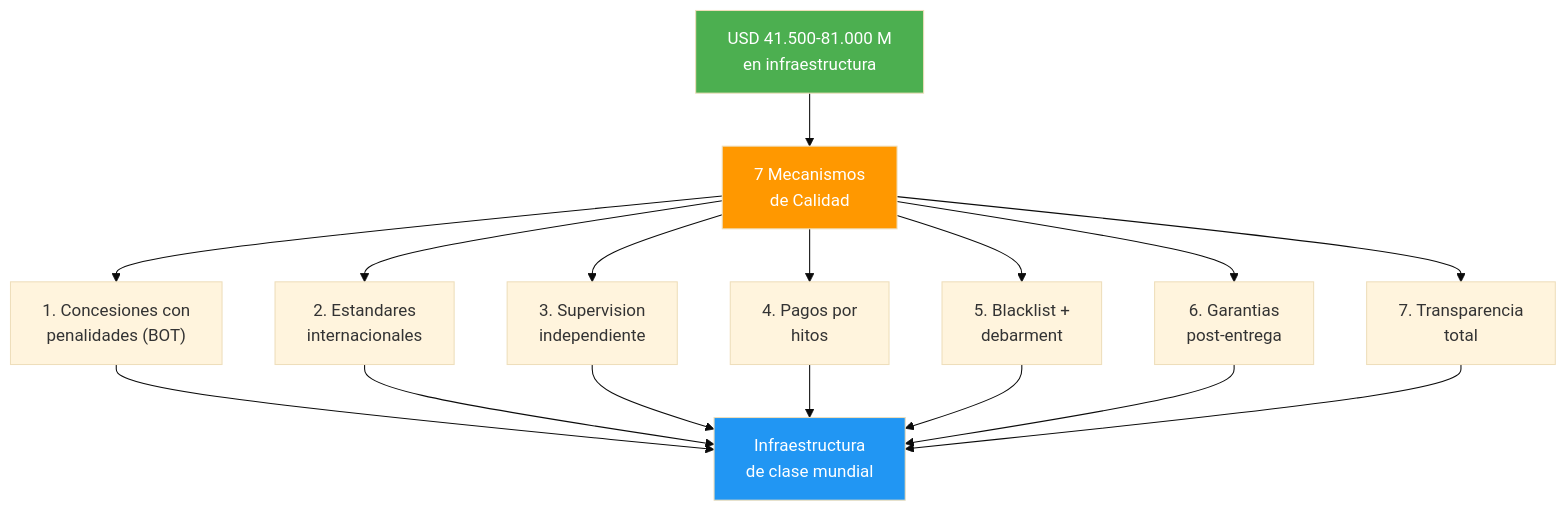
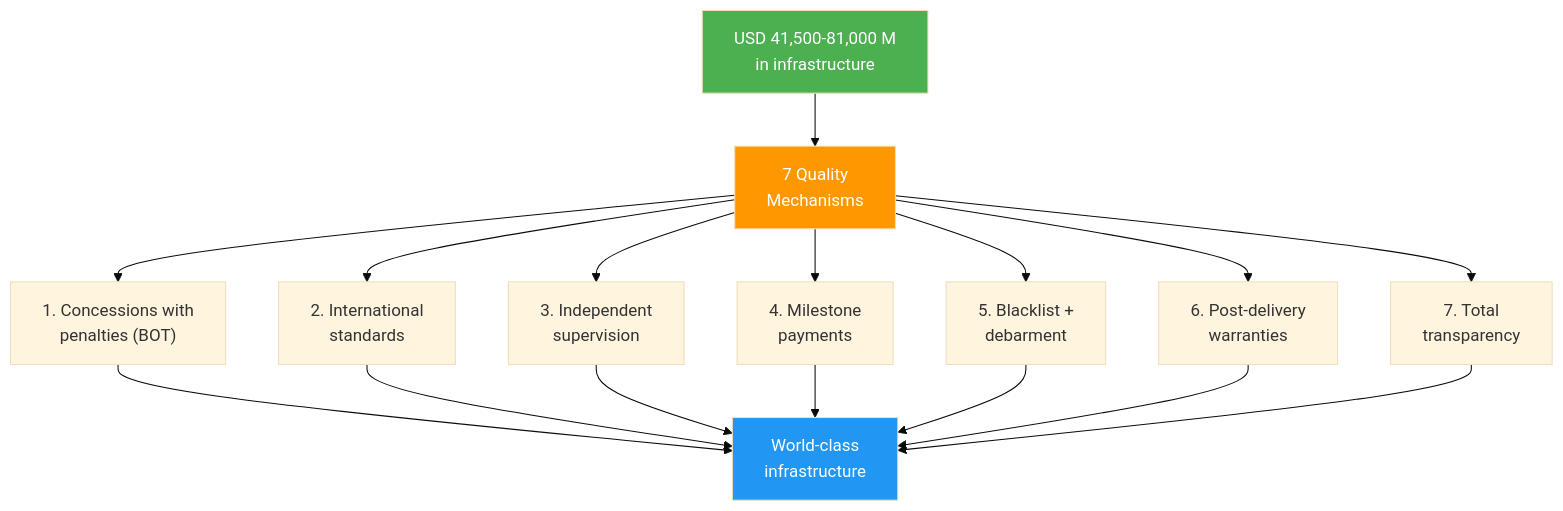
One commit to Venezuela-S-A/venezuela-sa changed the first of 2 diagrams in i18n/en/docusaurus-plugin-content-docs/current/06-realidad/infraestructura-calidad.md. Above: the diagram before and after it, drawn with Mermaid (base theme). The commit also changed other lines of this file and 127 other files, not shown here.

````diff
--- a/i18n/en/docusaurus-plugin-content-docs/current/06-realidad/infraestructura-calidad.md
+++ b/i18n/en/docusaurus-plugin-content-docs/current/06-realidad/infraestructura-calidad.md
@@ -36,23 +36,23 @@
 ```mermaid
 flowchart TD
-    A["USD 41.500-81.000 M<br/>en infraestructura"] --> B["7 Mecanismos<br/>de Calidad"]
-    B --> C1["1. Concesiones con<br/>penalidades (BOT)"]
-    B --> C2["2. Estandares<br/>internacionales"]
-    B --> C3["3. Supervision<br/>independiente"]
-    B --> C4["4. Pagos por<br/>hitos"]
+    A["USD 41,500-81,000 M<br/>in infrastructure"] --> B["7 Quality<br/>Mechanisms"]
+    B --> C1["1. Concessions with<br/>penalties (BOT)"]
+    B --> C2["2. International<br/>standards"]
+    B --> C3["3. Independent<br/>supervision"]
+    B --> C4["4. Milestone<br/>payments"]
     B --> C5["5. Blacklist +<br/>debarment"]
-    B --> C6["6. Garantias<br/>post-entrega"]
-    B --> C7["7. Transparencia<br/>total"]
+    B --> C6["6. Post-delivery<br/>warranties"]
+    B --> C7["7. Total<br/>transparency"]
 
-    C1 --> D["Infraestructura<br/>de clase mundial"]
+    C1 --> D["World-class<br/>infrastructure"]
     C2 --> D
     C3 --> D
     C4 --> D
     C5 --> D
     C6 --> D
     C7 --> D
 
     style A fill:#4CAF50,color:#fff
     style D fill:#2196F3,color:#fff
     style B fill:#FF9800,color:#fff
 ```
````
